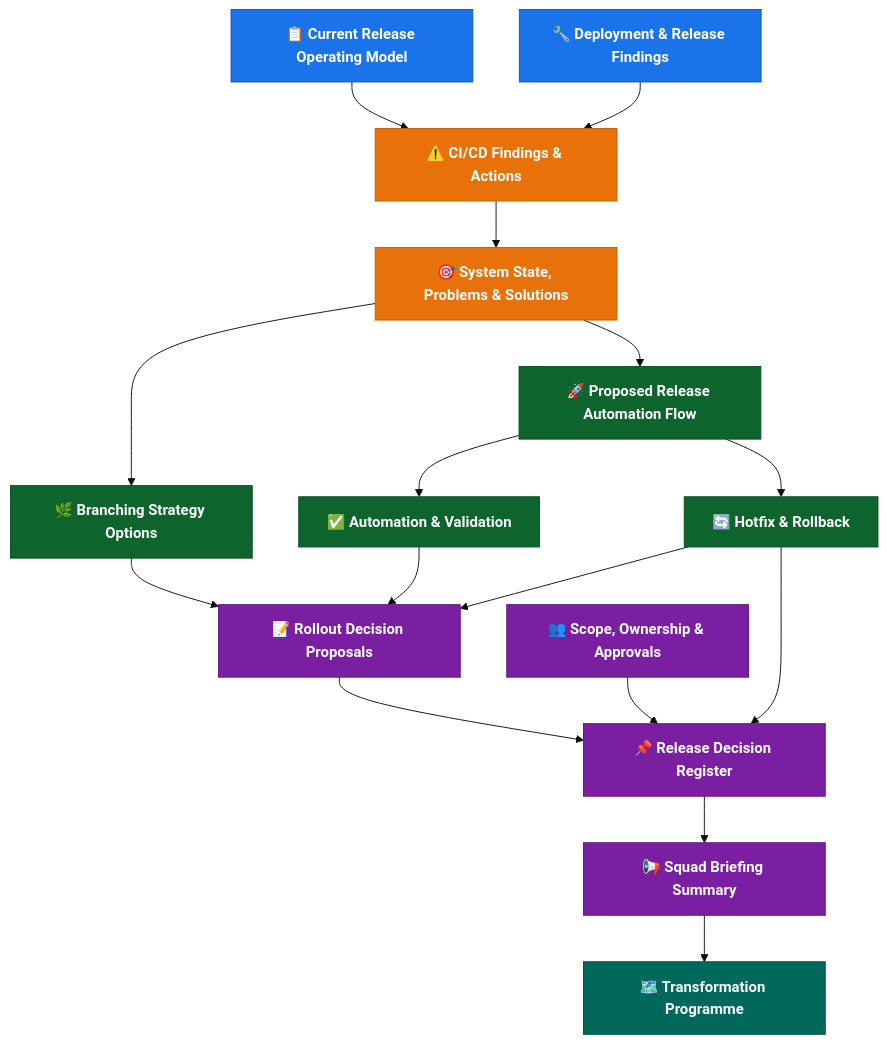
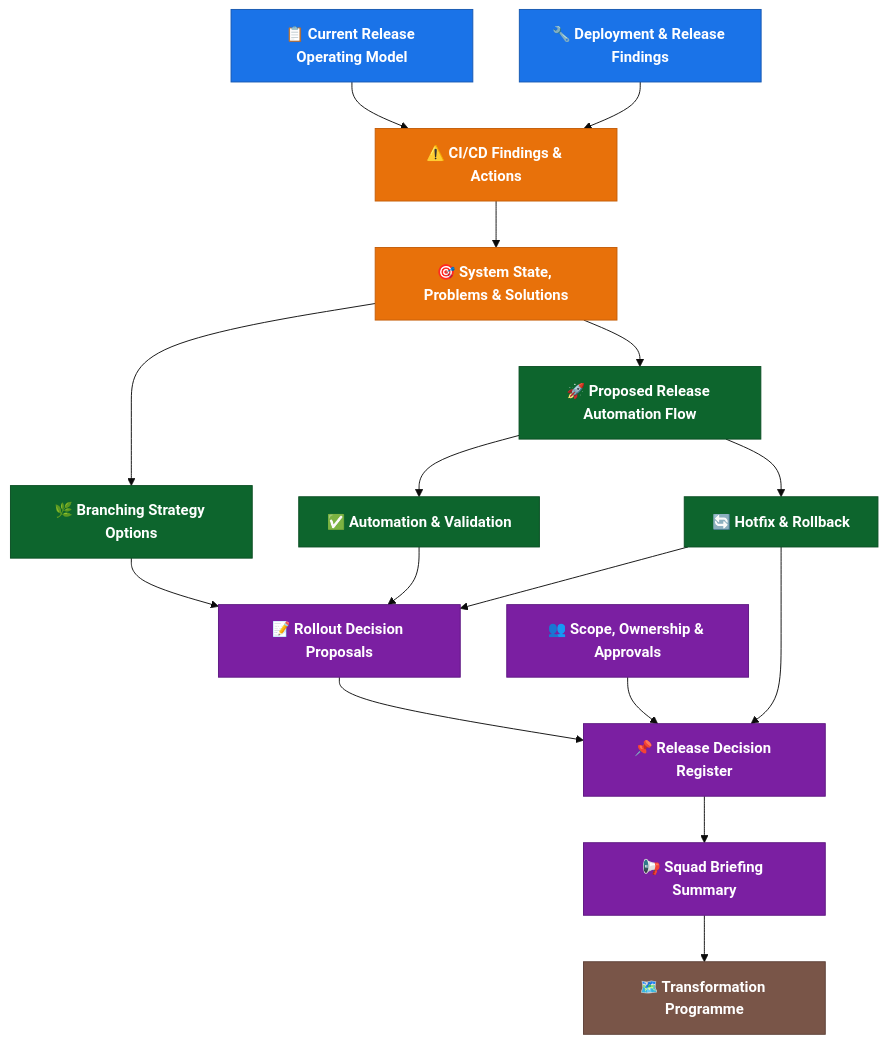
Before and after one commit to benanaktaspusulait/branching-strategy: the diagram in README.md, drawn with Mermaid. The commit also changed other lines of this file and 4 other files, not shown here.

````diff
--- a/README.md
+++ b/README.md
@@ -129,44 +118,44 @@
 ```mermaid
 %%{init: {'theme': 'base', 'themeVariables': {'primaryColor': '#4a90d9', 'primaryTextColor': '#fff', 'primaryBorderColor': '#2c6fad', 'secondaryColor': '#f0f4f8', 'tertiaryColor': '#e8f5e9'}}}%%
 
 flowchart TD
   %% Layer 1
   A["📋 Current Release Operating Model"]:::current
   B["🔧 Deployment & Release Findings"]:::current
 
   %% Layer 2
   C["⚠️ CI/CD Findings & Actions"]:::problem
   D["🎯 System State, Problems & Solutions"]:::problem
 
   %% Layer 3
   E["🚀 Proposed Release Automation Flow"]:::solution
   F["🌿 Branching Strategy Options"]:::solution
   G["✅ Automation & Validation"]:::solution
   H["🔄 Hotfix & Rollback"]:::solution
 
   %% Layer 4
   I["📝 Rollout Decision Proposals"]:::decision
   J["👥 Scope, Ownership & Approvals"]:::decision
   K["📢 Squad Briefing Summary"]:::decision
   M["📌 Release Decision Register"]:::decision
 
   %% Layer 5
   L["🗺️ Transformation Programme"]:::transform
 
   %% Relationships
   A & B --> C --> D
   D --> E & F
   E --> G & H
   F & G & H --> I
   I --> M
   J --> M
   H --> M
   M --> K
   K --> L
 
   classDef current fill:#1a73e8,stroke:#1557b0,color:#fff,font-weight:bold
   classDef problem fill:#e8710a,stroke:#c45d08,color:#fff,font-weight:bold
   classDef solution fill:#0d652d,stroke:#094d22,color:#fff,font-weight:bold
   classDef decision fill:#7b1fa2,stroke:#5c1680,color:#fff,font-weight:bold
-  classDef transform fill:#00695c,stroke:#004d40,color:#fff,font-weight:bold
+  classDef transform fill:#795548,stroke:#5d4037,color:#fff,font-weight:bold
 ```
````
